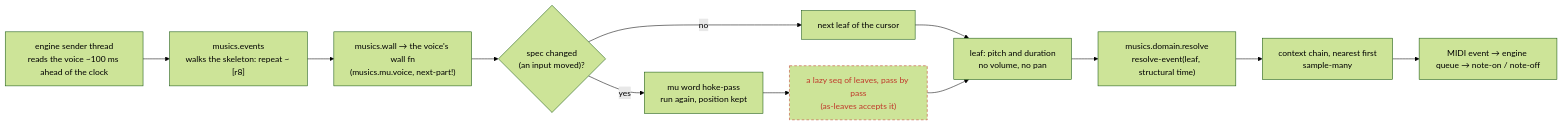
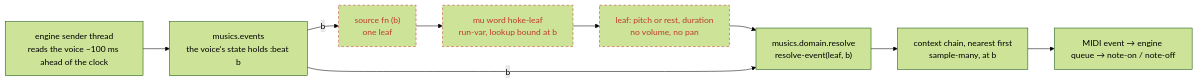
The first of 3 diagrams in doc/md/hoketus-dynamic.md (gebdevalk/musics), drawn with Mermaid (forest theme) before and after one commit. The commit also changed other lines of this file and 1 other file, not shown here.

Commit message:
docs: a voice as a function of beat -- one leaf, one beat, every lookup at that beat

````diff
--- a/doc/md/hoketus-dynamic.md
+++ b/doc/md/hoketus-dynamic.md
@@ -10,22 +11,20 @@
 ```mermaid
 flowchart LR
   engine["engine sender thread<br/>reads the voice ~100 ms ahead of the clock"]
-  events["musics.events<br/>walks the skeleton: repeat ~ [r8]"]
-  wall["musics.wall → the voice's wall fn<br/>(musics.mu.voice, next-part!)"]
-  cursor{"spec changed<br/>(an input moved)?"}
-  next["next leaf of the cursor"]
-  word["mu word hoke-pass<br/>run again, position kept"]
-  lazy["a lazy seq of leaves, pass by pass<br/>(as-leaves accepts it)"]
-  leaf["leaf: pitch and duration<br/>no volume, no pan"]
-  resolve["musics.domain.resolve<br/>resolve-event(leaf, structural time)"]
-  chain["context chain, nearest first<br/>sample-many"]
+  events["musics.events<br/>the voice's state holds :beat b"]
+  source["source fn (b)<br/>one leaf"]
+  word["mu word hoke-leaf<br/>run-var, lookup bound at b"]
+  leaf["leaf: pitch or rest, duration<br/>no volume, no pan"]
+  resolve["musics.domain.resolve<br/>resolve-event(leaf, b)"]
+  chain["context chain, nearest first<br/>sample-many, at b"]
   midi["MIDI event → engine queue → note-on / note-off"]
 
-  engine --> events --> wall --> cursor
-  cursor -- no --> next --> leaf
-  cursor -- yes --> word --> lazy --> leaf
-  leaf --> resolve --> chain --> midi
+  engine --> events
+  events -- "b" --> source --> word --> leaf
+  leaf --> resolve
+  events -- "b" --> resolve
+  resolve --> chain --> midi
 
   classDef planned stroke-dasharray: 5 4,stroke:#c0392b,color:#c0392b
-  class lazy planned
+  class source,word,leaf planned
 ```
````
